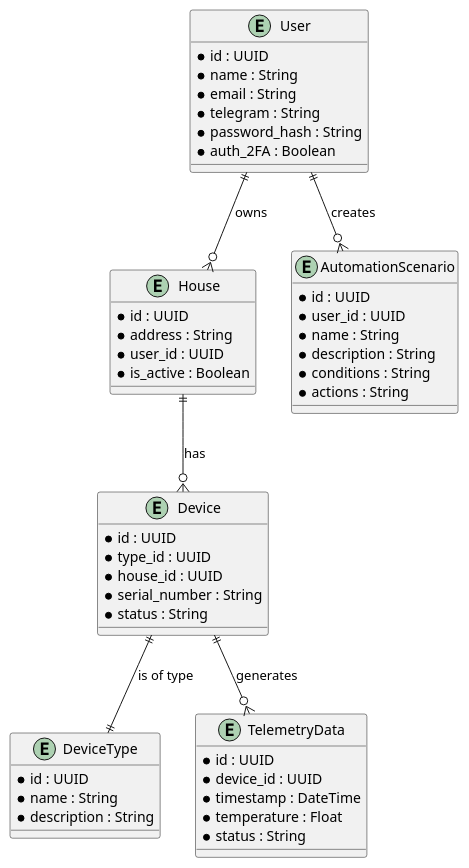
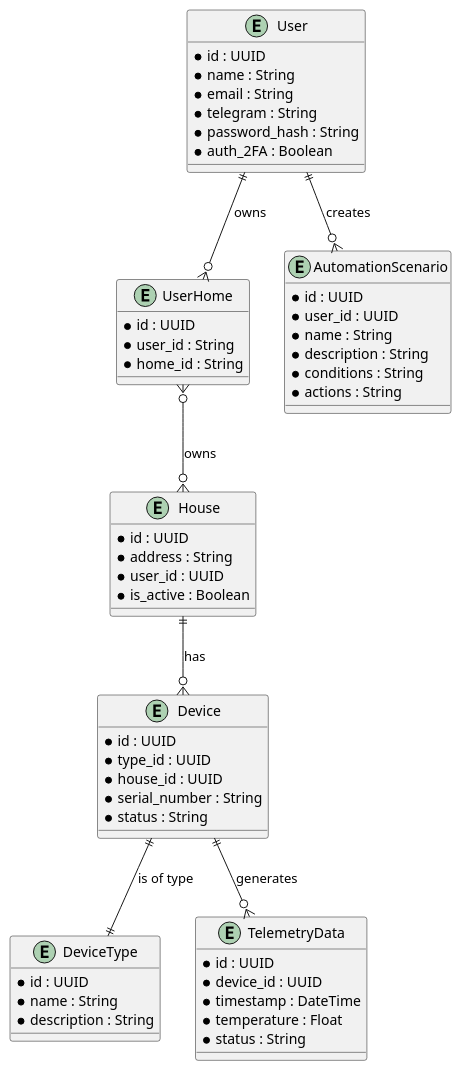
Before and after one commit to developer-profile/archi-sprint-3: the diagram in warmhouse-diagram-er.puml, drawn with PlantUML.

Commit message:
Added table UserHome and linked many-to-many

```diff
--- a/warmhouse-diagram-er.puml
+++ b/warmhouse-diagram-er.puml
@@ -1,55 +1,62 @@
 @startuml
 entity "User" {
     * id : UUID
     * name : String
     * email : String
     * telegram : String
     * password_hash : String
     * auth_2FA : Boolean
+}
+
+entity "UserHome" {
+    * id : UUID
+    * user_id : String
+    * home_id : String
 }
 
 entity "House" {
     * id : UUID
     * address : String
     * user_id : UUID
     * is_active : Boolean
 }
 
 entity "Device" {
     * id : UUID
     * type_id : UUID
     * house_id : UUID
     * serial_number : String
     * status : String
 }
 
 entity "DeviceType" {
     * id : UUID
     * name : String
     * description : String
 }
 
 entity "TelemetryData" {
     * id : UUID
     * device_id : UUID
     * timestamp : DateTime
     * temperature : Float
     * status : String
 }
 
 entity "AutomationScenario" {
     * id : UUID
     * user_id : UUID
     * name : String
     * description : String
     * conditions : String
     * actions : String
 }
 
 ' Relationships
-User ||--o{ House : "owns"
+User ||--o{ UserHome : "owns"
+UserHome }o--o{ House : "owns"
 House ||--o{ Device : "has"
 Device ||--|| DeviceType : "is of type"
 Device ||--o{ TelemetryData : "generates"
 User ||--o{ AutomationScenario : "creates"
 @enduml
```
